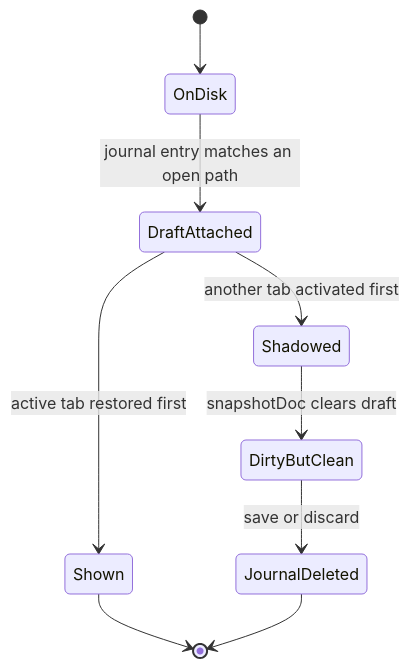
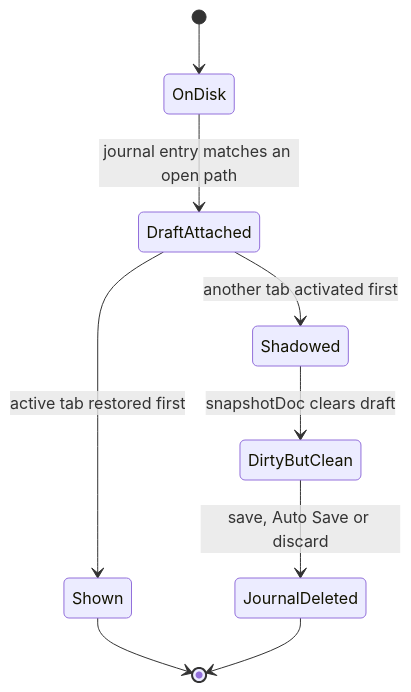
Before and after one commit to bgeneto/MDraft: the first of 8 diagrams in docs/audits/2026-11-08-implicit-state-machine-audit.md, drawn with Mermaid. The commit also changed other lines of this file and 1 other file, not shown here.

````diff
--- a/docs/audits/2026-11-08-implicit-state-machine-audit.md
+++ b/docs/audits/2026-11-08-implicit-state-machine-audit.md
@@ -119,11 +200,11 @@
 ```mermaid
 stateDiagram-v2
     [*] --> OnDisk
     OnDisk --> DraftAttached: journal entry matches an open path
     DraftAttached --> Shown: active tab restored first
     DraftAttached --> Shadowed: another tab activated first
     Shadowed --> DirtyButClean: snapshotDoc clears draft
-    DirtyButClean --> JournalDeleted: save or discard
+    DirtyButClean --> JournalDeleted: save, Auto Save or discard
     Shown --> [*]
     JournalDeleted --> [*]
 ```
````
